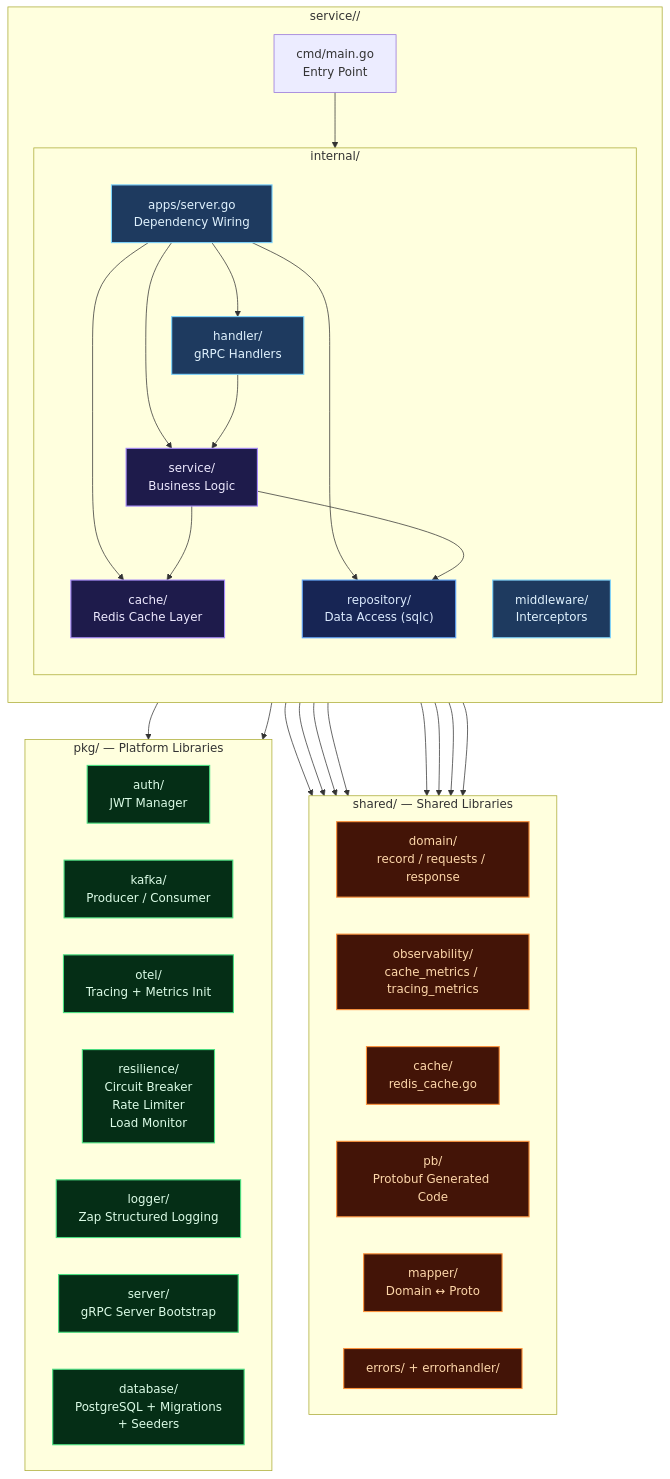
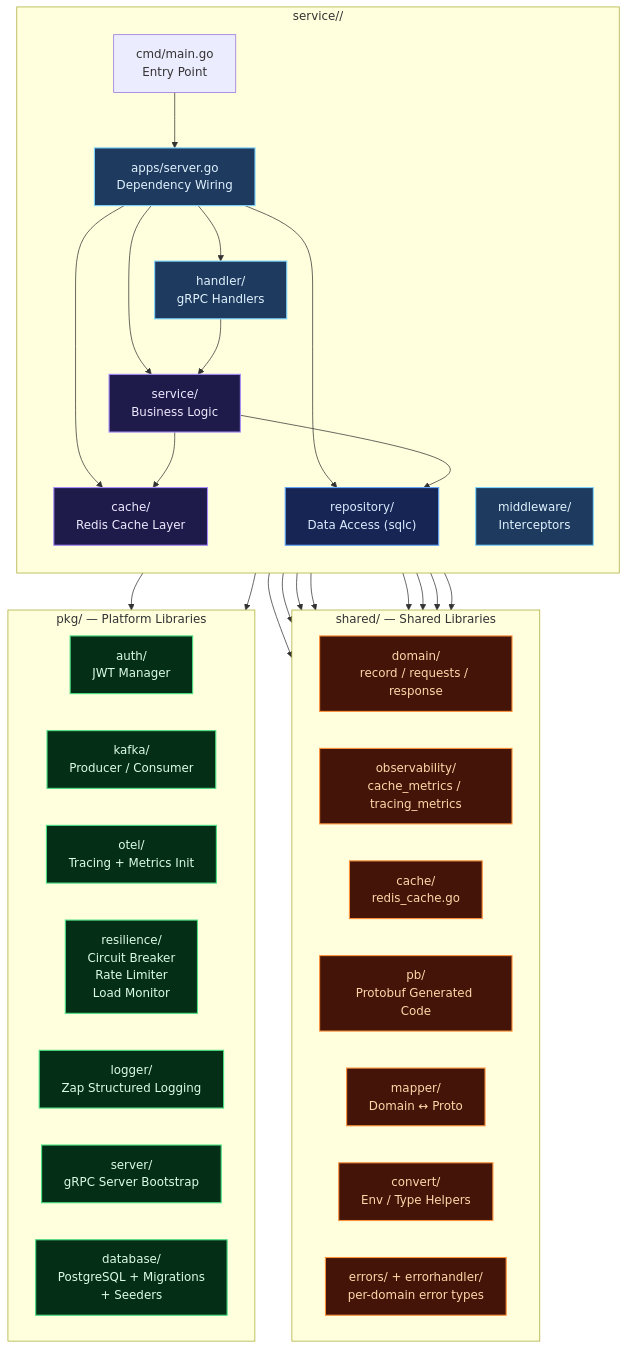
Before and after one commit to MamangRust/monolith-graphql-pointofsale-grpc: the fourth of 9 diagrams in README.md, drawn with Mermaid. The commit also changed other lines of this file and 1484 other files, not shown here.

Commit message:
refactor: restructure modular services, update Kubernetes configurations, and expand testing and repository layer implementations

````diff
--- a/README.md
+++ b/README.md
@@ -186,65 +332,62 @@
 ```mermaid
 graph TB
     classDef handler fill:#1e3a5f,stroke:#7dd3fc,color:#e0f2fe,stroke-width:1.5px
     classDef service fill:#1e1b4b,stroke:#a78bfa,color:#ede9fe,stroke-width:1.5px
     classDef repo fill:#172554,stroke:#60a5fa,color:#dbeafe,stroke-width:1.5px
     classDef infra fill:#052e16,stroke:#4ade80,color:#dcfce7,stroke-width:1.5px
     classDef shared fill:#431407,stroke:#fb923c,color:#fed7aa,stroke-width:1.5px
 
     subgraph Service["service/<name>/"]
         direction TB
 
         CMD["cmd/main.go<br/>Entry Point"]
-
-        subgraph Internal["internal/"]
-            direction TB
-            APPS["apps/server.go<br/>Dependency Wiring"]:::handler
-            HANDLER["handler/<br/>gRPC Handlers"]:::handler
-            MW["middleware/<br/>Interceptors"]:::handler
-            SVC["service/<br/>Business Logic"]:::service
-            CACHE["cache/<br/>Redis Cache Layer"]:::service
-            REPO["repository/<br/>Data Access (sqlc)"]:::repo
-        end
+        APPS["apps/server.go<br/>Dependency Wiring"]:::handler
+        HANDLER["handler/<br/>gRPC Handlers"]:::handler
+        MW["middleware/<br/>Interceptors"]:::handler
+        SVC["service/<br/>Business Logic"]:::service
+        CACHE["cache/<br/>Redis Cache Layer"]:::service
+        REPO["repository/<br/>Data Access (sqlc)"]:::repo
 
         CMD --> APPS
         APPS --> HANDLER
         APPS --> SVC
         APPS --> CACHE
         APPS --> REPO
         HANDLER --> SVC
         SVC --> REPO
         SVC --> CACHE
     end
 
     subgraph SharedLibs["shared/ — Shared Libraries"]
         direction LR
         DOMAIN["domain/<br/>record / requests / response"]:::shared
         OBS["observability/<br/>cache_metrics / tracing_metrics"]:::shared
         CACHESHARED["cache/<br/>redis_cache.go"]:::shared
         PB["pb/<br/>Protobuf Generated Code"]:::shared
         MAPPER["mapper/<br/>Domain ↔ Proto"]:::shared
-        ERRORS["errors/ + errorhandler/"]:::shared
+        CONVERT["convert/<br/>Env / Type Helpers"]:::shared
+        ERRORS["errors/ + errorhandler/<br/>per-domain error types"]:::shared
     end
 
     subgraph PkgLibs["pkg/ — Platform Libraries"]
         direction LR
         PKGAUTH["auth/<br/>JWT Manager"]:::infra
         PKGKAFKA["kafka/<br/>Producer / Consumer"]:::infra
         PKGOTEL["otel/<br/>Tracing + Metrics Init"]:::infra
         PKGRES["resilience/<br/>Circuit Breaker<br/>Rate Limiter<br/>Load Monitor"]:::infra
         PKGLOG["logger/<br/>Zap Structured Logging"]:::infra
         PKGSRV["server/<br/>gRPC Server Bootstrap"]:::infra
         PKGDB["database/<br/>PostgreSQL + Migrations<br/>+ Seeders"]:::infra
     end
 
     REPO --> DOMAIN
     REPO --> PB
     SVC --> DOMAIN
     SVC --> OBS
     HANDLER --> PB
     HANDLER --> MAPPER
     APPS --> PKGSRV
     APPS --> PKGOTEL
     APPS --> CACHESHARED
     APPS --> OBS
 ```
````
